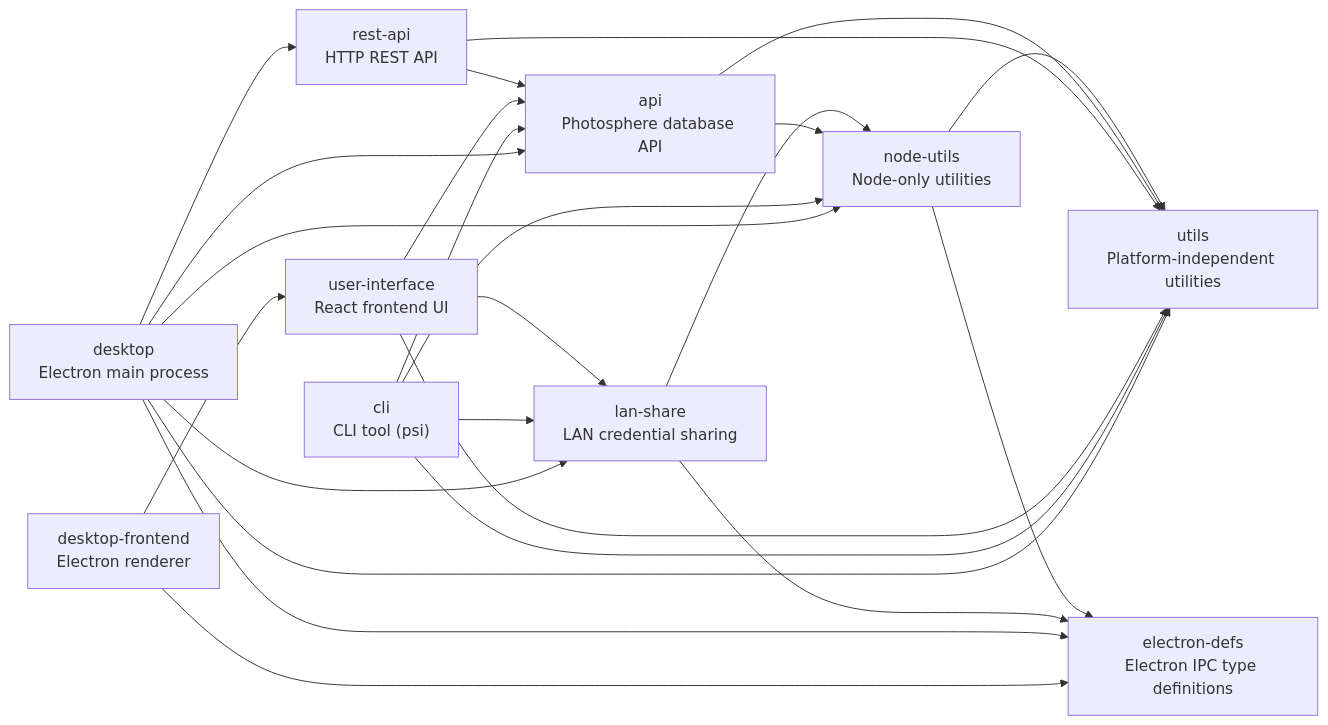
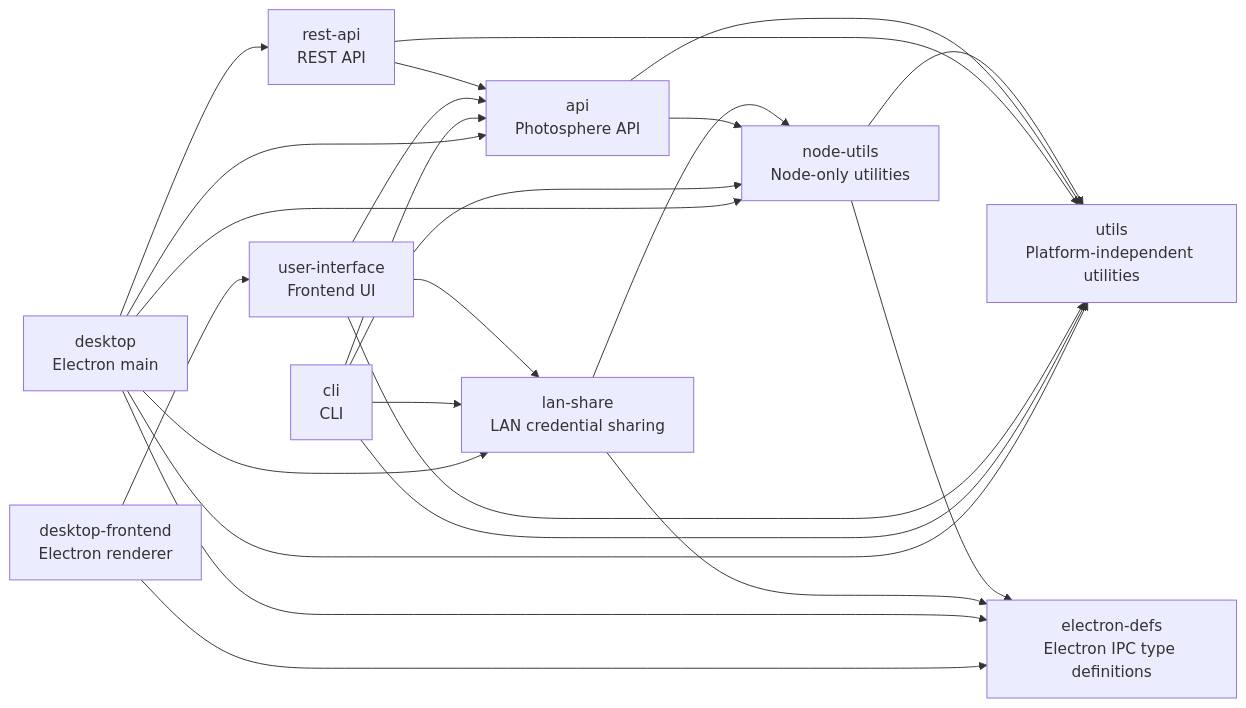
Before and after one commit to ashleydavis/photosphere: the diagram in docs/dependencies.md, drawn with Mermaid. The commit also changed 2 other files, not shown here.

Commit message:
Removed ProxyVault and called electronAPI vault methods directly
ProxyVault was a thin wrapper around electronAPI.vaultGet, vaultSet, vaultDelete, and vaultList that provided no additional logic. Despite existing as an abstraction, it was instantiated fresh inside every vault-related callback in PlatformProviderElectron rather than being shared, meaning all the wiring remained scattered throughout the component anyway.

Removed ProxyVault entirely and replaced all usages in platform-provider-electron.tsx with direct electronAPI.vault* calls, eliminating a layer of indirection that added complexity without value.

````diff
--- a/docs/dependencies.md
+++ b/docs/dependencies.md
@@ -3,22 +3,22 @@
 ```mermaid
 flowchart LR
     utils["utils<br/>Platform-independent utilities"]
     edefs["electron-defs<br/>Electron IPC type definitions"]
     nodeutils["node-utils<br/>Node-only utilities"]
     lanshare["lan-share<br/>LAN credential sharing"]
-    api["api<br/>Photosphere database API"]
-    restapi["rest-api<br/>HTTP REST API"]
-    ui["user-interface<br/>React frontend UI"]
-    cli["cli<br/>CLI tool (psi)"]
-    desktop["desktop<br/>Electron main process"]
+    api["api<br/>Photosphere API"]
+    restapi["rest-api<br/>REST API"]
+    ui["user-interface<br/>Frontend UI"]
+    cli["cli<br/>CLI"]
+    desktop["desktop<br/>Electron main"]
     desktopfe["desktop-frontend<br/>Electron renderer"]
 
     nodeutils --> utils & edefs
     lanshare --> nodeutils & edefs
     api --> nodeutils & utils
     restapi --> api & utils
     ui --> api & lanshare & utils
     cli --> api & lanshare & nodeutils & utils
     desktop --> api & edefs & lanshare & nodeutils & restapi & utils
     desktopfe --> ui & edefs
 ```
````
